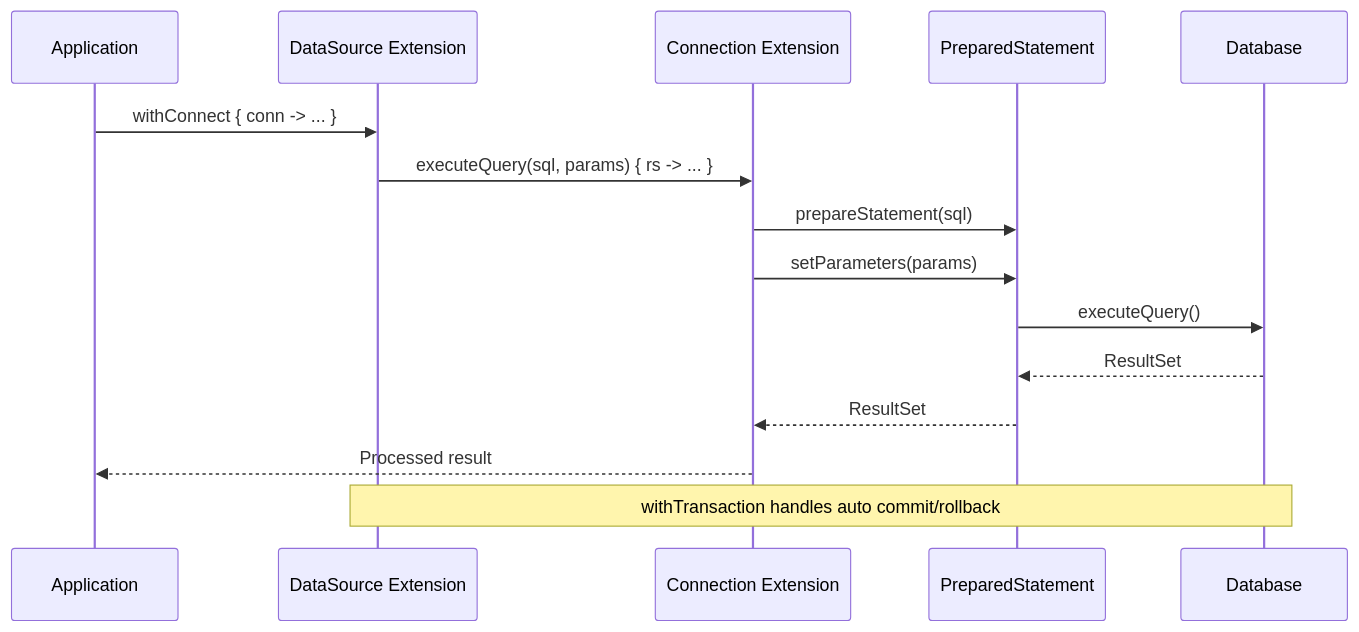
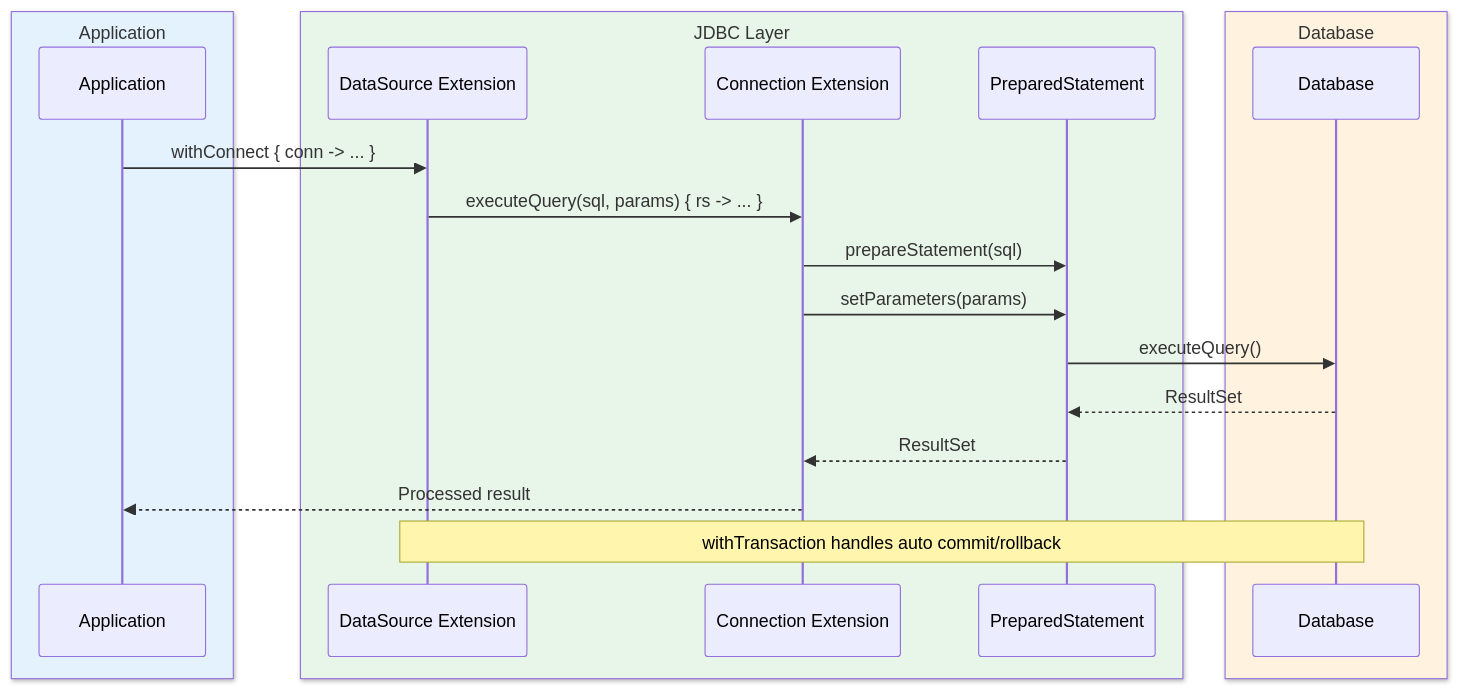
The third of 3 diagrams in data/jdbc/README.md (bluetape4k/bluetape4k-projects), drawn with Mermaid before and after one commit. The commit also changed other lines of this file and 221 other files, not shown here.

First line of the commit message:
docs: 전체 모듈 README UML 다이어그램 보강 및 색상 업그레이드

````diff
--- a/data/jdbc/README.md
+++ b/data/jdbc/README.md
@@ -539,19 +545,25 @@
 ```mermaid
 sequenceDiagram
-    participant App as Application
-    participant DS as DataSource Extension
-    participant Conn as Connection Extension
-    participant PS as PreparedStatement
-    participant DB as Database
+    box rgb(227, 242, 253) Application
+        participant App as Application
+    end
+    box rgb(232, 245, 233) JDBC Layer
+        participant DS as DataSource Extension
+        participant Conn as Connection Extension
+        participant PS as PreparedStatement
+    end
+    box rgb(255, 243, 224) Database
+        participant DB as Database
+    end
 
     App->>DS: withConnect { conn -> ... }
     DS->>Conn: executeQuery(sql, params) { rs -> ... }
     Conn->>PS: prepareStatement(sql)
     Conn->>PS: setParameters(params)
     PS->>DB: executeQuery()
     DB-->>PS: ResultSet
     PS-->>Conn: ResultSet
     Conn-->>App: Processed result
 
     Note over DS,DB: withTransaction handles auto commit/rollback
 ```
````
